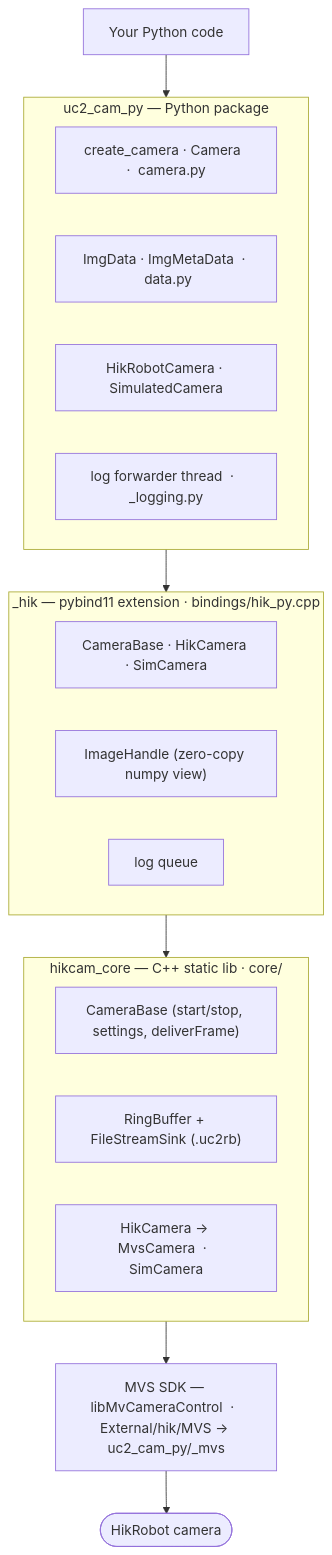
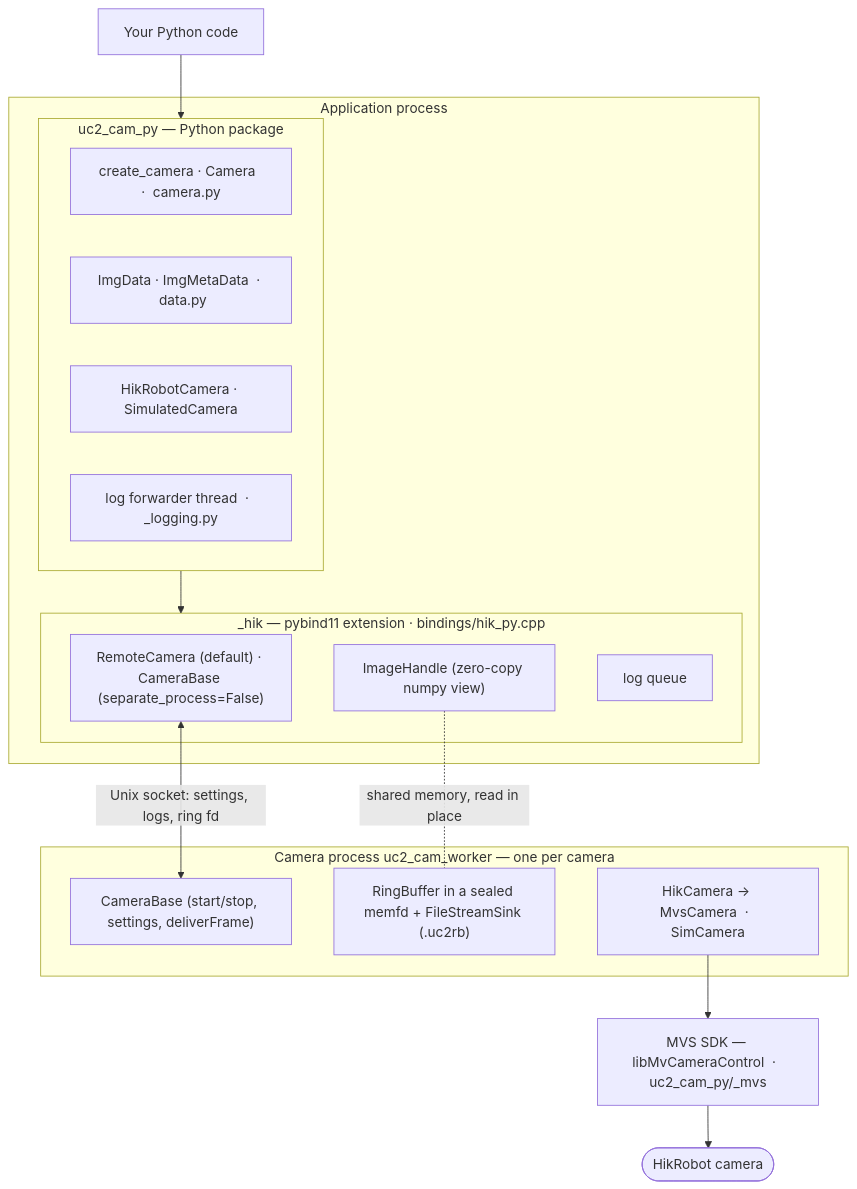
The first of 2 diagrams in README.md (openUC2/UC2_cam_py), drawn with Mermaid before and after one commit. The commit also changed other lines of this file and 39 other files, not shown here.

````diff
--- a/README.md
+++ b/README.md
@@ -59,24 +69,27 @@
 ```mermaid
 flowchart TD
     U["Your Python code"] --> P
-    subgraph P["uc2_cam_py — Python package"]
-        CAM["create_camera · Camera  ·  camera.py"]
-        DATA["ImgData · ImgMetaData  ·  data.py"]
-        VEND["HikRobotCamera · SimulatedCamera"]
-        LOG["log forwarder thread  ·  _logging.py"]
+    subgraph APP["Application process"]
+        subgraph P["uc2_cam_py — Python package"]
+            CAM["create_camera · Camera  ·  camera.py"]
+            DATA["ImgData · ImgMetaData  ·  data.py"]
+            VEND["HikRobotCamera · SimulatedCamera"]
+            LOG["log forwarder thread  ·  _logging.py"]
+        end
+        subgraph EXT["_hik — pybind11 extension  ·  bindings/hik_py.cpp"]
+            RC["RemoteCamera (default) · CameraBase (separate_process=False)"]
+            IH["ImageHandle (zero-copy numpy view)"]
+            LQ["log queue"]
+        end
+        P --> EXT
     end
-    P --> EXT
-    subgraph EXT["_hik — pybind11 extension  ·  bindings/hik_py.cpp"]
-        CB["CameraBase · HikCamera · SimCamera"]
-        IH["ImageHandle (zero-copy numpy view)"]
-        LQ["log queue"]
-    end
-    EXT --> CORE
-    subgraph CORE["hikcam_core — C++ static lib  ·  core/"]
+    subgraph WP["Camera process uc2_cam_worker — one per camera"]
         BASE["CameraBase (start/stop, settings, deliverFrame)"]
-        RB["RingBuffer + FileStreamSink (.uc2rb)"]
+        RB["RingBuffer in a sealed memfd + FileStreamSink (.uc2rb)"]
         DEV["HikCamera → MvsCamera  ·  SimCamera"]
     end
-    CORE --> SDK["MVS SDK — libMvCameraControl  ·  External/hik/MVS → uc2_cam_py/_mvs"]
+    RC <-- "Unix socket: settings, logs, ring fd" --> BASE
+    IH -. "shared memory, read in place" .- RB
+    DEV --> SDK["MVS SDK — libMvCameraControl  ·  uc2_cam_py/_mvs"]
     SDK --> HW([HikRobot camera])
 ```
````
